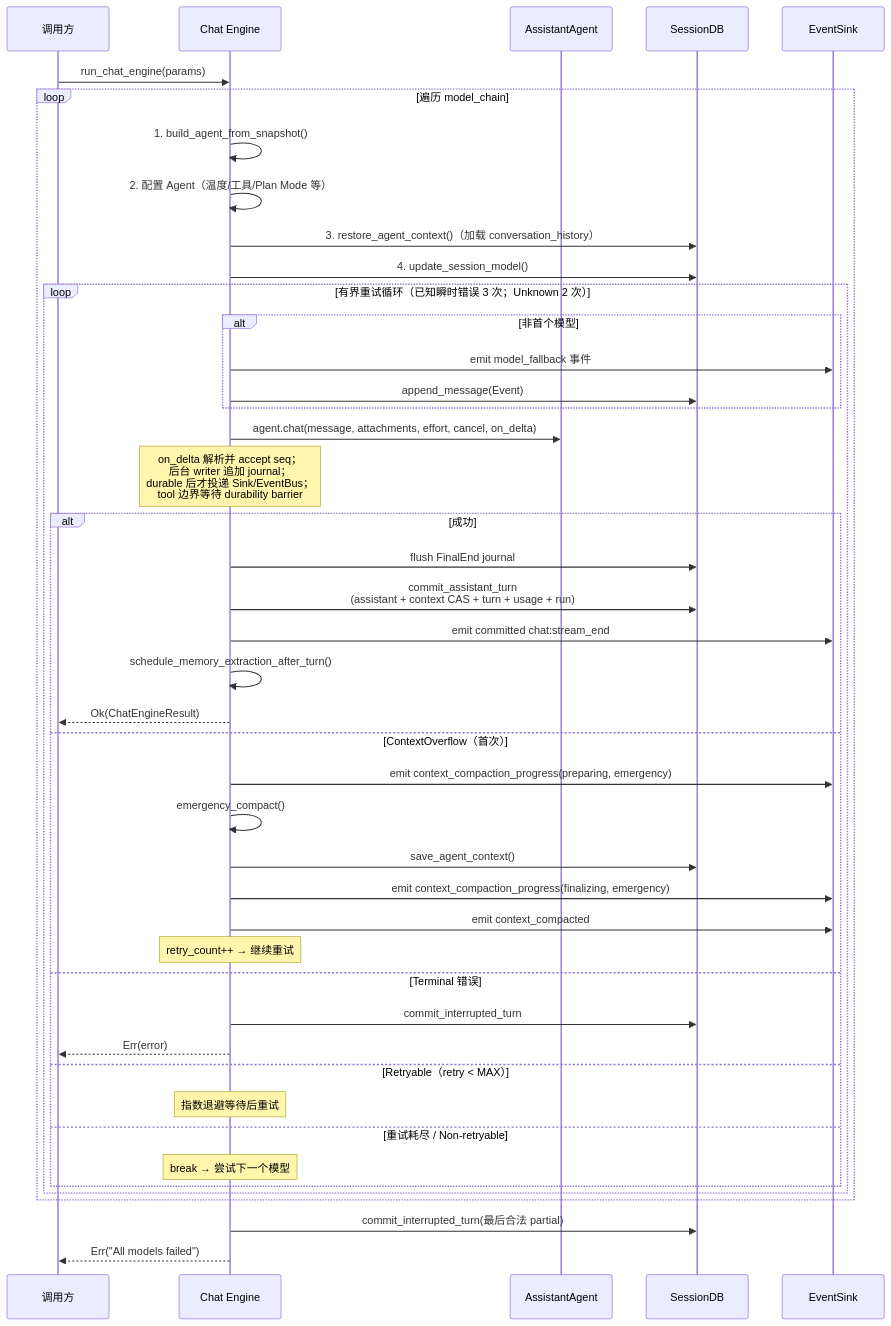
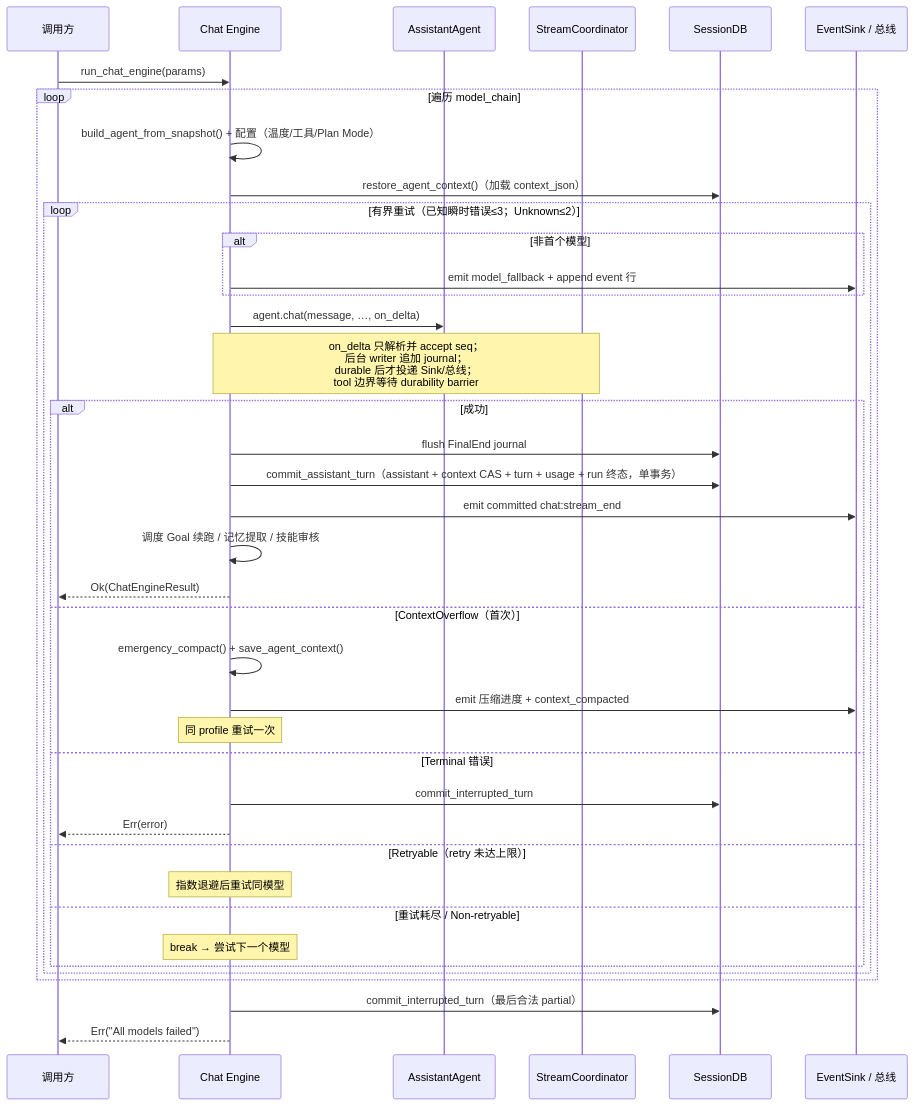
One commit to shiwenwen/hope-agent changed the second of 7 diagrams in docs/architecture/chat-engine.md. Above: the diagram before and after it, drawn with Mermaid. The commit also changed other lines of this file and 7 other files, not shown here.

First line of the commit message:
🦭docs: 补齐 8 篇漏掉的中型文档（ask-user/chat-engine/design-space/lsp/permission-system/recap/self-update/session）

````diff
--- a/docs/architecture/chat-engine.md
+++ b/docs/architecture/chat-engine.md
@@ -157,53 +228,47 @@
 ```mermaid
 sequenceDiagram
     participant Caller as 调用方
     participant Engine as Chat Engine
     participant Agent as AssistantAgent
+    participant Coord as StreamCoordinator
     participant DB as SessionDB
-    participant Sink as EventSink
+    participant Sink as EventSink / 总线
 
     Caller->>Engine: run_chat_engine(params)
 
     loop 遍历 model_chain
-        Engine->>Engine: 1. build_agent_from_snapshot()
-        Engine->>Engine: 2. 配置 Agent（温度/工具/Plan Mode 等）
-        Engine->>DB: 3. restore_agent_context()（加载 conversation_history）
-        Engine->>DB: 4. update_session_model()
+        Engine->>Engine: build_agent_from_snapshot() + 配置（温度/工具/Plan Mode）
+        Engine->>DB: restore_agent_context()（加载 context_json）
 
-        loop 有界重试循环（已知瞬时错误 3 次；Unknown 2 次）
+        loop 有界重试（已知瞬时错误≤3；Unknown≤2）
             alt 非首个模型
-                Engine->>Sink: emit model_fallback 事件
-                Engine->>DB: append_message(Event)
+                Engine->>Sink: emit model_fallback + append event 行
             end
 
-            Engine->>Agent: agent.chat(message, attachments, effort, cancel, on_delta)
-
-            Note over Engine: on_delta 解析并 accept seq；<br/>后台 writer 追加 journal；<br/>durable 后才投递 Sink/EventBus；<br/>tool 边界等待 durability barrier
+            Engine->>Agent: agent.chat(message, …, on_delta)
+            Note over Engine,Coord: on_delta 只解析并 accept seq；<br/>后台 writer 追加 journal；<br/>durable 后才投递 Sink/总线；<br/>tool 边界等待 durability barrier
 
             alt 成功
                 Engine->>DB: flush FinalEnd journal
-                Engine->>DB: commit_assistant_turn<br/>(assistant + context CAS + turn + usage + run)
+                Engine->>DB: commit_assistant_turn（assistant + context CAS + turn + usage + run 终态，单事务）
                 Engine->>Sink: emit committed chat:stream_end
-                Engine->>Engine: schedule_memory_extraction_after_turn()
+                Engine->>Engine: 调度 Goal 续跑 / 记忆提取 / 技能审核
                 Engine-->>Caller: Ok(ChatEngineResult)
             else ContextOverflow（首次）
-                Engine->>Sink: emit context_compaction_progress(preparing, emergency)
-                Engine->>Engine: emergency_compact()
-                Engine->>DB: save_agent_context()
-                Engine->>Sink: emit context_compaction_progress(finalizing, emergency)
-                Engine->>Sink: emit context_compacted
-                Note over Engine: retry_count++ → 继续重试
+                Engine->>Engine: emergency_compact() + save_agent_context()
+                Engine->>Sink: emit 压缩进度 + context_compacted
+                Note over Engine: 同 profile 重试一次
             else Terminal 错误
                 Engine->>DB: commit_interrupted_turn
                 Engine-->>Caller: Err(error)
-            else Retryable（retry < MAX）
-                Note over Engine: 指数退避等待后重试
+            else Retryable（retry 未达上限）
+                Note over Engine: 指数退避后重试同模型
             else 重试耗尽 / Non-retryable
                 Note over Engine: break → 尝试下一个模型
             end
         end
     end
 
-    Engine->>DB: commit_interrupted_turn(最后合法 partial)
+    Engine->>DB: commit_interrupted_turn（最后合法 partial）
     Engine-->>Caller: Err("All models failed")
 ```
````
